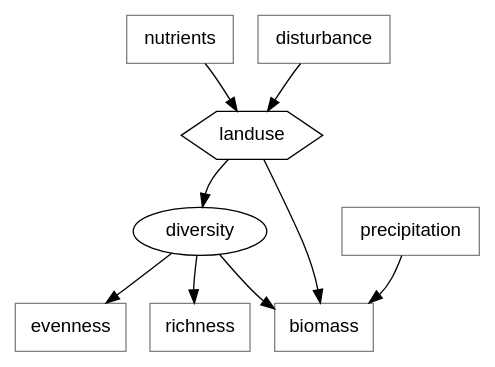
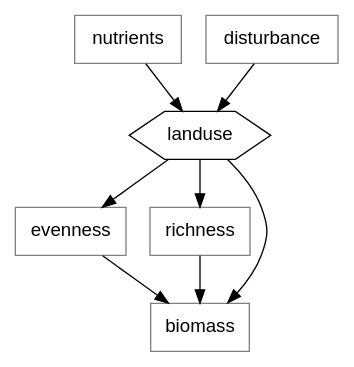
One commit to pennekampster/Swiss_SEM changed the tenth of 13 diagrams in 5_Slides/Intro_to_SEM_part2.qmd. Above: the diagram before and after it, drawn with Graphviz. The commit also changed other lines of this file and 3 other files, not shown here.

````diff
--- a/5_Slides/Intro_to_SEM_part2.qmd
+++ b/5_Slides/Intro_to_SEM_part2.qmd
@@ -624,36 +620,31 @@
 ```{dot}
 //| fig-width: 5
 digraph  {
 
    # a 'graph' statement
-  graph [overlap = false, fontsize = 10, rankdir = TB, ranksep=.5, splines=curved]
-
-    node [shape=oval, fontname = Helvetica]
-    diversity
+  graph [overlap = false, fontsize = 10, rankdir = TB, ranksep=.5]
 
     node [shape=hexagon, fontname = Helvetica]
     landuse
 
   # several 'node' statements
   node [shape = box,
         fontname = Helvetica, color="gray"]
   
         evenness, richness;
         nutrients;
         disturbance;
-        precipitation;
 
-    landuse->diversity;
+    landuse->richness;
+    landuse -> evenness;
     landuse -> biomass;
-    precipitation -> biomass;
-    diversity->biomass ;
+
+    evenness-> biomass;
+    richness->biomass;
 
     nutrients -> landuse;
     disturbance -> landuse;
-
-    diversity -> evenness;
-    diversity -> richness;
   
  #{ rank="same"; precipitation, nutrients, disturbance}
 }
 ```
````
